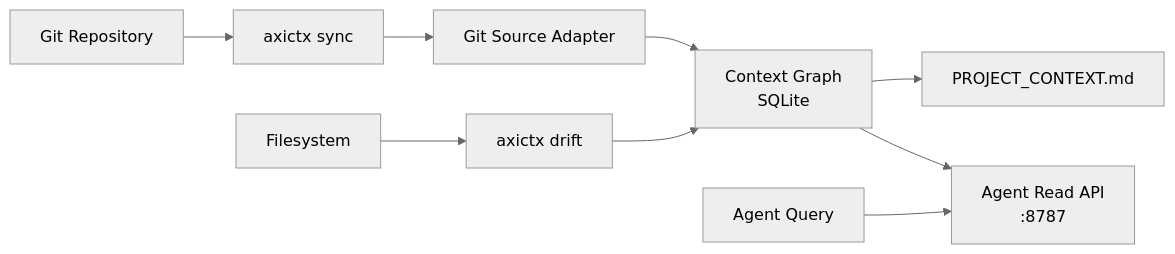
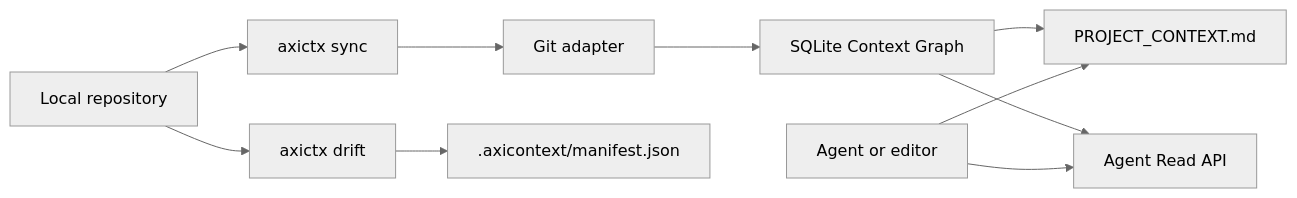
One commit to LatticeAG/AxiContext changed the diagram in README.md. Above: the diagram before and after it, drawn with Mermaid (neutral theme). The commit also changed other lines of this file and 17 other files, not shown here.

````diff
--- a/README.md
+++ b/README.md
@@ -85,11 +91,12 @@
 ```mermaid
 flowchart LR
-  A[Git Repository] --> B[axictx sync]
-  B --> C[Git Source Adapter]
-  C --> D[Context Graph\nSQLite]
-  D --> E[PROJECT_CONTEXT.md]
-  D --> F[Agent Read API\n:8787]
-  G[Filesystem] --> H[axictx drift]
-  H --> D
-  I[Agent Query] --> F
+  Repo[Local repository] --> Sync[axictx sync]
+  Sync --> Adapter[Git adapter]
+  Adapter --> Graph[SQLite Context Graph]
+  Graph --> Context[PROJECT_CONTEXT.md]
+  Graph --> API[Agent Read API]
+  Repo --> Drift[axictx drift]
+  Drift --> Manifest[.axicontext/manifest.json]
+  Agent[Agent or editor] --> Context
+  Agent --> API
 ```
````
